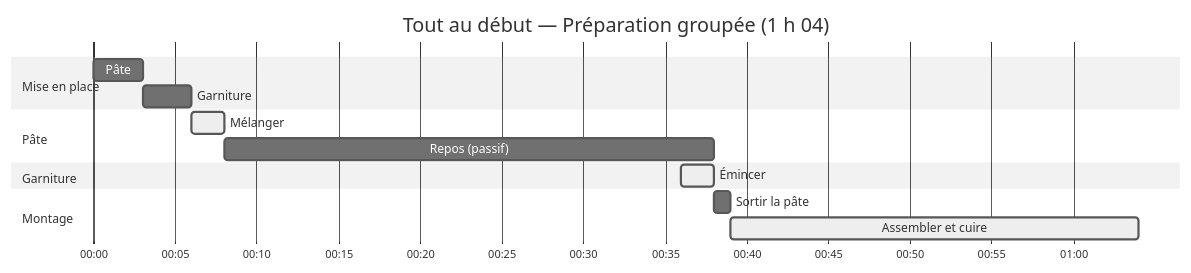
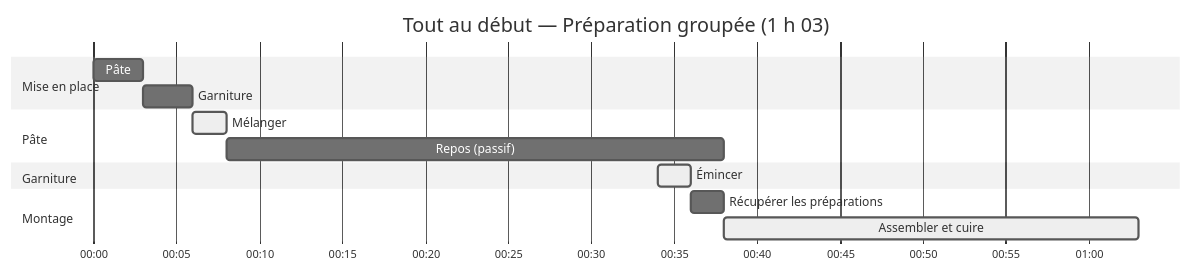
Before and after one commit to gram-lang/gram: the second of 2 diagrams in packages/docs/src/content/docs/fr/docs/explanation/mise-en-place-and-planning.mdx, drawn with Mermaid (neutral theme). The commit also changed other lines of this file and 439 other files, not shown here.

First line of the commit message:
feat: replace the Gantt chart with the work plan (#88)

````diff
--- a/packages/docs/src/content/docs/fr/docs/explanation/mise-en-place-and-planning.mdx
+++ b/packages/docs/src/content/docs/fr/docs/explanation/mise-en-place-and-planning.mdx
@@ -81,18 +81,18 @@
 ```mermaid
 gantt
-    title Tout au début — Préparation groupée (1 h 04)
+    title Tout au début — Préparation groupée (1 h 03)
     dateFormat  HH:mm
     axisFormat %H:%M
     todayMarker off
     section Mise en place
     Pâte                              : p1, 00:00, 3m
     Garniture                         : p2, 00:03, 3m
     section Pâte
     Mélanger                          : active, a1, 00:06, 2m
     Repos (passif)                    : r1, 00:08, 30m
     section Garniture
-    Émincer                           : active, a2, 00:36, 2m
+    Émincer                           : active, a2, 00:34, 2m
     section Montage
-    Sortir la pâte                    : p3, 00:38, 1m
-    Assembler et cuire                : active, a3, 00:39, 25m
+    Récupérer les préparations        : p3, 00:36, 2m
+    Assembler et cuire                : active, a3, 00:38, 25m
 ```
````
